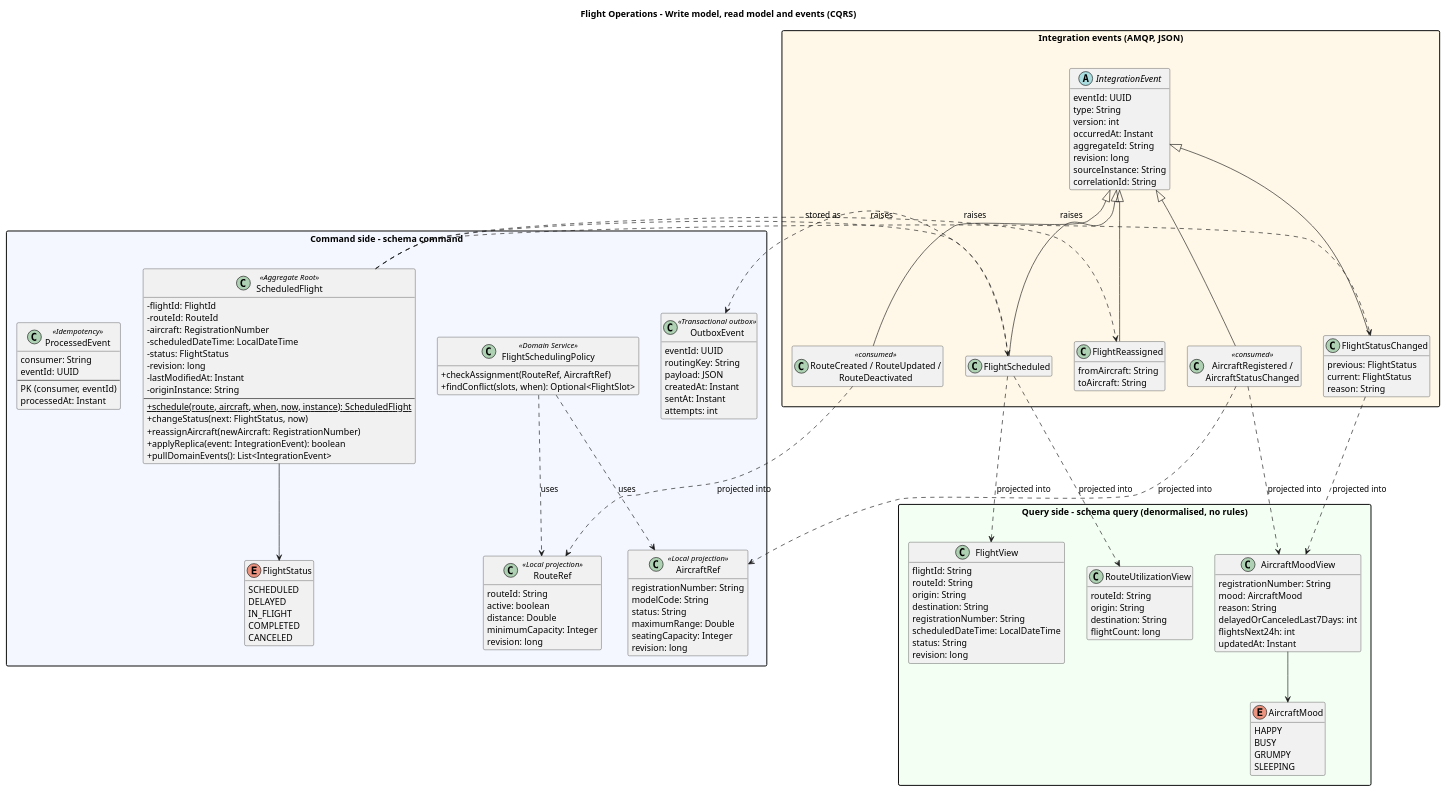
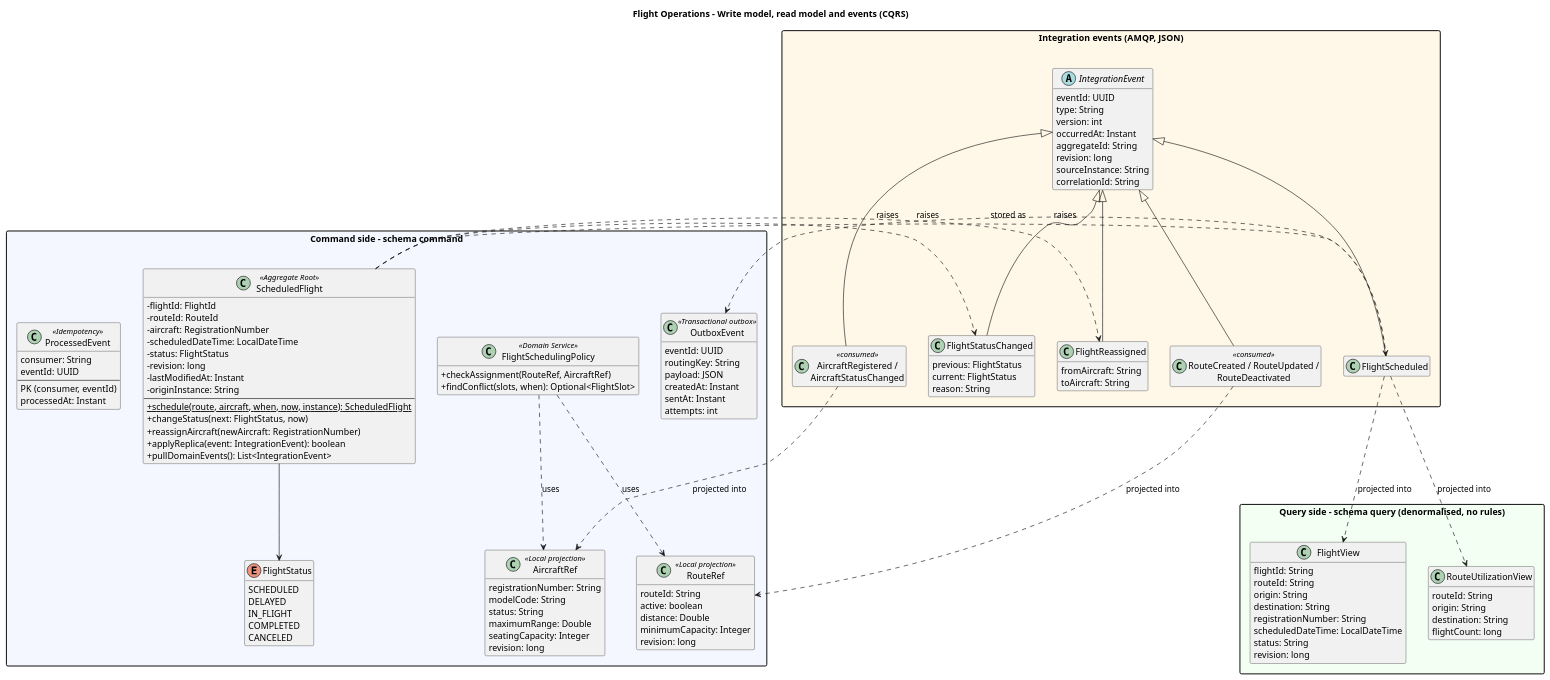
One commit to anamartasilvaa/SIDIG_AI_Safe changed the diagram in Services/Flighting Operations/docs/class-diagram-flight-operations.puml. Above: the diagram before and after it, drawn with PlantUML. The commit also changed 27 other files, not shown here.

Commit message:
documentação e diagramas atualizados

```diff
--- a/Services/Flighting Operations/docs/class-diagram-flight-operations.puml
+++ b/Services/Flighting Operations/docs/class-diagram-flight-operations.puml
@@ -1,146 +1,129 @@
 @startuml class-diagram-flight-operations
 skinparam classAttributeIconSize 0
 skinparam packageStyle rectangle
 skinparam shadowing false
 hide empty members
 title Flight Operations - Write model, read model and events (CQRS)
 
 package "Command side - schema command" #F4F7FF {
   class ScheduledFlight <<Aggregate Root>> {
     - flightId: FlightId
     - routeId: RouteId
     - aircraft: RegistrationNumber
     - scheduledDateTime: LocalDateTime
     - status: FlightStatus
     - revision: long
     - lastModifiedAt: Instant
     - originInstance: String
     --
     + {static} schedule(route, aircraft, when, now, instance): ScheduledFlight
     + changeStatus(next: FlightStatus, now)
     + reassignAircraft(newAircraft: RegistrationNumber)
     + applyReplica(event: IntegrationEvent): boolean
     + pullDomainEvents(): List<IntegrationEvent>
   }
   enum FlightStatus {
     SCHEDULED
     DELAYED
     IN_FLIGHT
     COMPLETED
     CANCELED
   }
   class FlightSchedulingPolicy <<Domain Service>> {
     + checkAssignment(RouteRef, AircraftRef)
     + findConflict(slots, when): Optional<FlightSlot>
   }
   class AircraftRef <<Local projection>> {
     registrationNumber: String
     modelCode: String
     status: String
     maximumRange: Double
     seatingCapacity: Integer
     revision: long
   }
   class RouteRef <<Local projection>> {
     routeId: String
     active: boolean
     distance: Double
     minimumCapacity: Integer
     revision: long
   }
   class OutboxEvent <<Transactional outbox>> {
     eventId: UUID
     routingKey: String
     payload: JSON
     createdAt: Instant
     sentAt: Instant
     attempts: int
   }
   class ProcessedEvent <<Idempotency>> {
     consumer: String
     eventId: UUID
     --
     PK (consumer, eventId)
     processedAt: Instant
   }
 }
 
 package "Query side - schema query (denormalised, no rules)" #F4FFF4 {
   class FlightView {
     flightId: String
     routeId: String
     origin: String
     destination: String
     registrationNumber: String
     scheduledDateTime: LocalDateTime
     status: String
     revision: long
   }
   class RouteUtilizationView {
     routeId: String
     origin: String
     destination: String
     flightCount: long
   }
-  class AircraftMoodView {
-    registrationNumber: String
-    mood: AircraftMood
-    reason: String
-    delayedOrCanceledLast7Days: int
-    flightsNext24h: int
-    updatedAt: Instant
-  }
-  enum AircraftMood {
-    HAPPY
-    BUSY
-    GRUMPY
-    SLEEPING
-  }
 }
 
 package "Integration events (AMQP, JSON)" #FFF8E8 {
   abstract class IntegrationEvent {
     eventId: UUID
     type: String
     version: int
     occurredAt: Instant
     aggregateId: String
     revision: long
     sourceInstance: String
     correlationId: String
   }
   class FlightScheduled
   class FlightStatusChanged {
     previous: FlightStatus
     current: FlightStatus
     reason: String
   }
   class FlightReassigned {
     fromAircraft: String
     toAircraft: String
   }
   class "AircraftRegistered /\nAircraftStatusChanged" as AircraftEvents <<consumed>>
   class "RouteCreated / RouteUpdated /\nRouteDeactivated" as RouteEvents <<consumed>>
 }
 
 ScheduledFlight --> FlightStatus
 ScheduledFlight ..> FlightScheduled : raises
 ScheduledFlight ..> FlightStatusChanged : raises
 ScheduledFlight ..> FlightReassigned : raises
 FlightSchedulingPolicy ..> AircraftRef : uses
 FlightSchedulingPolicy ..> RouteRef : uses
 IntegrationEvent <|-- FlightScheduled
 IntegrationEvent <|-- FlightStatusChanged
 IntegrationEvent <|-- FlightReassigned
 IntegrationEvent <|-- AircraftEvents
 IntegrationEvent <|-- RouteEvents
 FlightScheduled ..> OutboxEvent : stored as
-AircraftMoodView --> AircraftMood
 
 FlightScheduled ..> FlightView : projected into
 FlightScheduled ..> RouteUtilizationView : projected into
-FlightStatusChanged ..> AircraftMoodView : projected into
 AircraftEvents ..> AircraftRef : projected into
-AircraftEvents ..> AircraftMoodView : projected into
 RouteEvents ..> RouteRef : projected into
 @enduml
```
